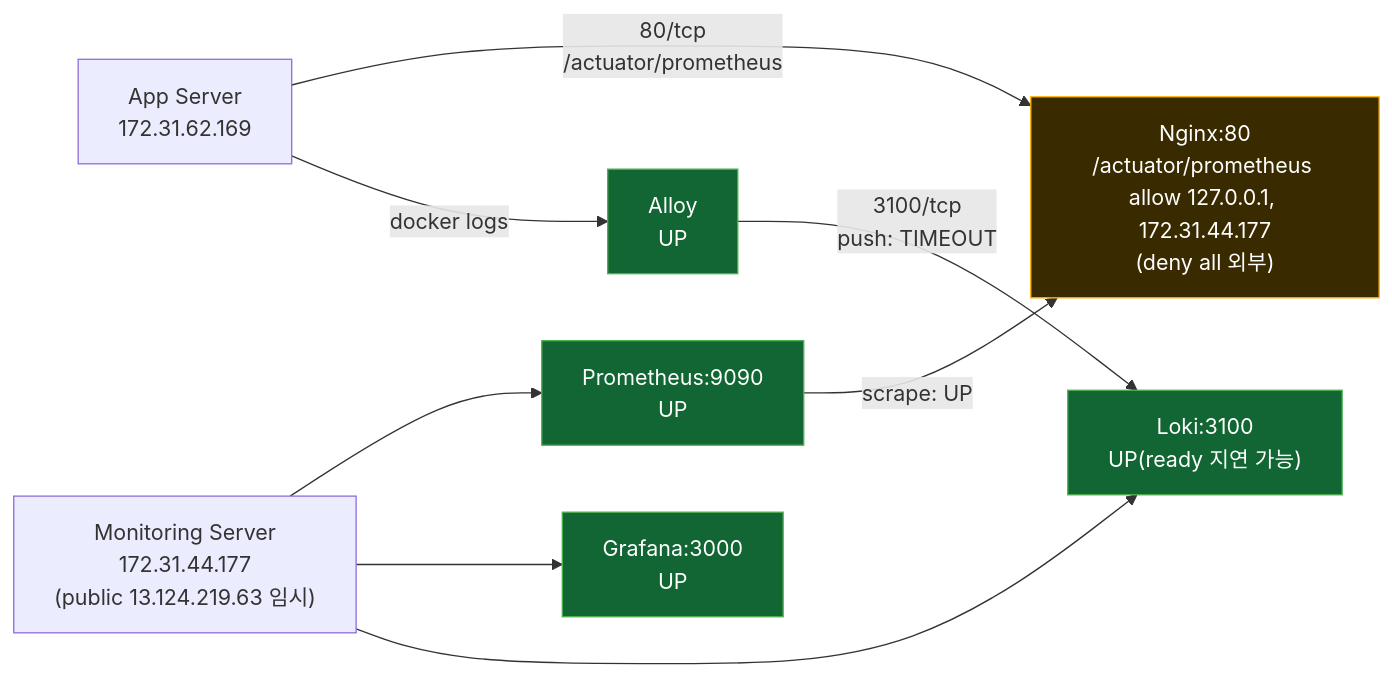
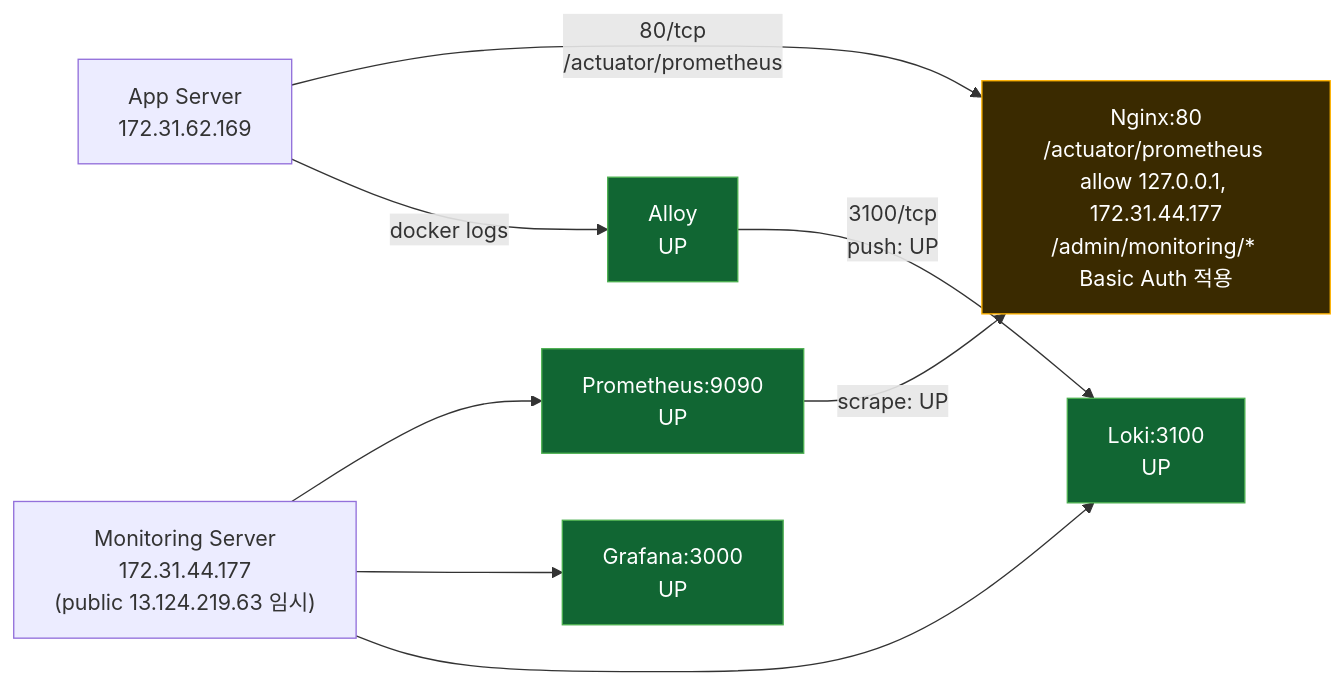
Before and after one commit to ImGdevel/MIYOU_ai-voice-chat: the second of 2 diagrams in docs/monitoring/MONITORING_SERVER_ARCHITECTURE.md, drawn with Mermaid. The commit also changed other lines of this file, not shown here.

First line of the commit message:
📝 docs(monitoring): 모니터링 구축 이력과 운영 상태 문서화

````diff
--- a/docs/monitoring/MONITORING_SERVER_ARCHITECTURE.md
+++ b/docs/monitoring/MONITORING_SERVER_ARCHITECTURE.md
@@ -112,27 +119,27 @@
 ```mermaid
 flowchart LR
   APP["App Server\n172.31.62.169"]
-  NGINX["Nginx:80\n/actuator/prometheus allow 127.0.0.1, 172.31.44.177\n(deny all 외부)"]
+  NGINX["Nginx:80\n/actuator/prometheus allow 127.0.0.1, 172.31.44.177\n/admin/monitoring/* Basic Auth 적용"]
   ALLOY["Alloy\nUP"]
   MON["Monitoring Server\n172.31.44.177\n(public 13.124.219.63 임시)"]
   PROM["Prometheus:9090\nUP"]
   GRAF["Grafana:3000\nUP"]
-  LOKI["Loki:3100\nUP(ready 지연 가능)"]
+  LOKI["Loki:3100\nUP"]
 
   APP -->|"80/tcp\n/actuator/prometheus"| NGINX
   PROM -->|"scrape: UP"| NGINX
 
   APP -->|"docker logs"| ALLOY
-  ALLOY -->|"3100/tcp\npush: TIMEOUT"| LOKI
+  ALLOY -->|"3100/tcp\npush: UP"| LOKI
 
   MON --> PROM
   MON --> GRAF
   MON --> LOKI
 
   classDef ok fill:#163,stroke:#4caf50,color:#fff;
   classDef warn fill:#3a2a00,stroke:#ffb300,color:#fff;
   classDef fail fill:#3a0000,stroke:#ff5252,color:#fff;
 
   class PROM,GRAF,LOKI,ALLOY ok;
   class NGINX warn;
 ```
````
